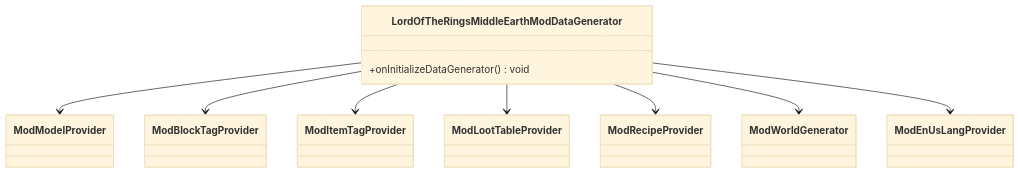
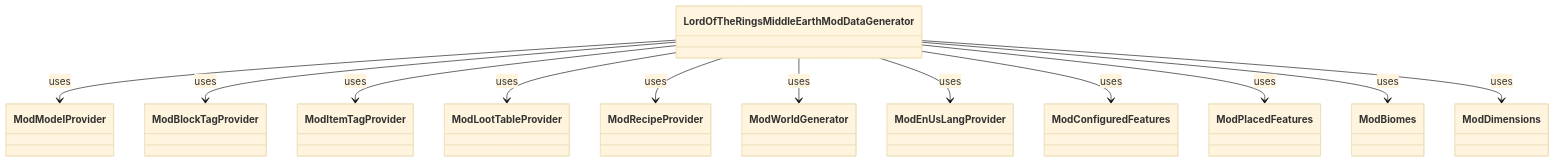
The sixth of 6 diagrams in classdiagram.md (Lord-of-the-Rings-Middle-Earth-Mod/Lord-of-the-Rings-Middle-Earth-Mod), drawn with Mermaid (base theme) before and after one commit. The commit also changed other lines of this file, not shown here.

Commit message:
Add back detailed method signatures to all class diagrams while preserving sectioned layout

````diff
--- a/classdiagram.md
+++ b/classdiagram.md
@@ -254,38 +305,38 @@
 ```mermaid
 classDiagram
     direction TB
     
-    class LordOfTheRingsMiddleEarthModDataGenerator {
-        +onInitializeDataGenerator() void
-    }
-
     class ModModelProvider {
     }
 
     class ModBlockTagProvider {
     }
 
     class ModItemTagProvider {
     }
 
     class ModLootTableProvider {
     }
 
     class ModRecipeProvider {
     }
 
     class ModWorldGenerator {
     }
 
     class ModEnUsLangProvider {
     }
 
     %% Usage relationships
-    LordOfTheRingsMiddleEarthModDataGenerator --> ModModelProvider
-    LordOfTheRingsMiddleEarthModDataGenerator --> ModBlockTagProvider
-    LordOfTheRingsMiddleEarthModDataGenerator --> ModItemTagProvider
-    LordOfTheRingsMiddleEarthModDataGenerator --> ModLootTableProvider
-    LordOfTheRingsMiddleEarthModDataGenerator --> ModRecipeProvider
-    LordOfTheRingsMiddleEarthModDataGenerator --> ModWorldGenerator
-    LordOfTheRingsMiddleEarthModDataGenerator --> ModEnUsLangProvider
+    LordOfTheRingsMiddleEarthModDataGenerator --> ModModelProvider : uses
+    LordOfTheRingsMiddleEarthModDataGenerator --> ModBlockTagProvider : uses
+    LordOfTheRingsMiddleEarthModDataGenerator --> ModItemTagProvider : uses
+    LordOfTheRingsMiddleEarthModDataGenerator --> ModLootTableProvider : uses
+    LordOfTheRingsMiddleEarthModDataGenerator --> ModRecipeProvider : uses
+    LordOfTheRingsMiddleEarthModDataGenerator --> ModWorldGenerator : uses
+    LordOfTheRingsMiddleEarthModDataGenerator --> ModEnUsLangProvider : uses
+    LordOfTheRingsMiddleEarthModDataGenerator --> ModConfiguredFeatures : uses
+    LordOfTheRingsMiddleEarthModDataGenerator --> ModPlacedFeatures : uses
+    LordOfTheRingsMiddleEarthModDataGenerator --> ModBiomes : uses
+    LordOfTheRingsMiddleEarthModDataGenerator --> ModDimensions : uses
 ```
````
